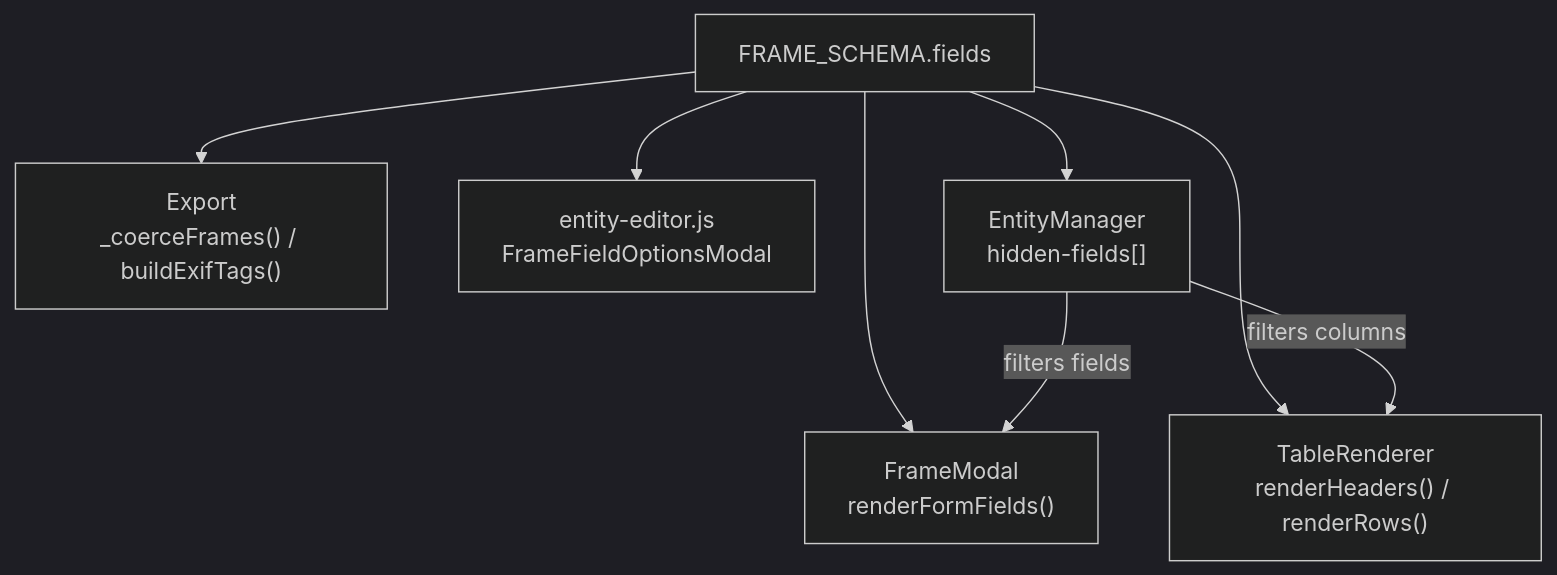
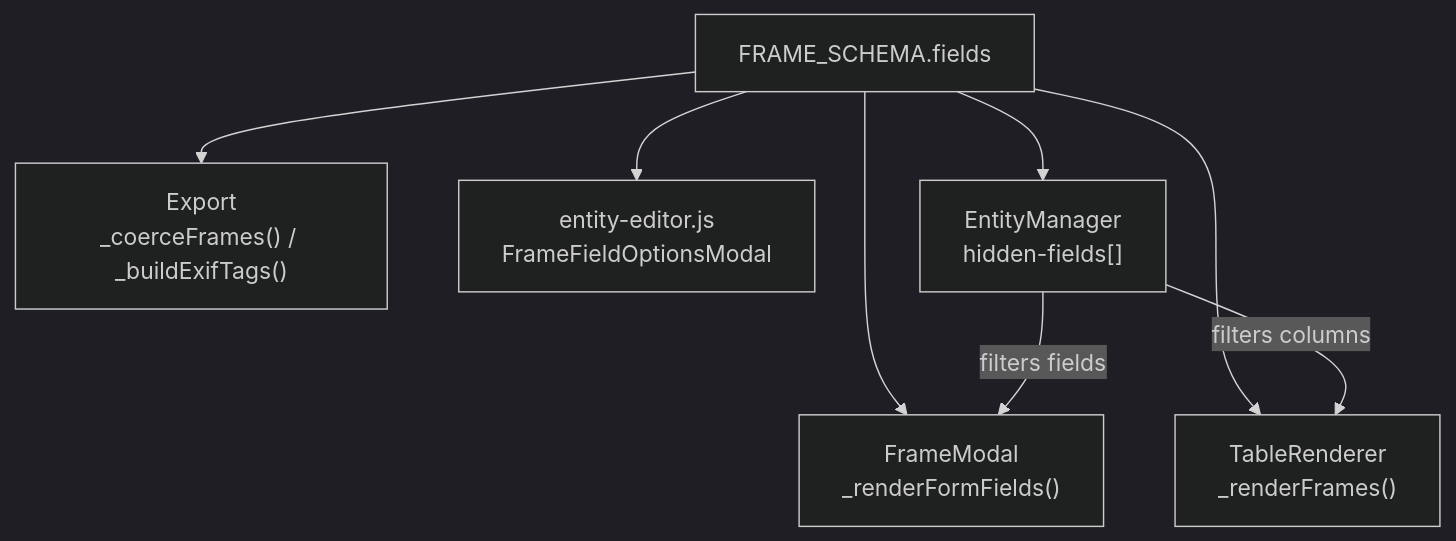
One commit to caksoylar/rolleirecord changed the fifth of 5 diagrams in architecture.md. Above: the diagram before and after it, drawn with Mermaid (dark theme). The commit also changed other lines of this file and 7 other files, not shown here.

````diff
--- a/architecture.md
+++ b/architecture.md
@@ -456,18 +465,18 @@
 ```mermaid
 flowchart TD
     schema["FRAME_SCHEMA.fields"]
-    form["FrameModal\nrenderFormFields()"]
-    table["TableRenderer\nrenderHeaders() / renderRows()"]
-    export_["Export\n_coerceFrames() / buildExifTags()"]
+    form["FrameModal\n_renderFormFields()"]
+    table["TableRenderer\n_renderFrames()"]
+    export_["Export\n_coerceFrames() / _buildExifTags()"]
     options["entity-editor.js\nFrameFieldOptionsModal"]
     hidden["EntityManager\nhidden-fields[]"]
 
     schema --> form
     schema --> table
     schema --> export_
     schema --> options
     schema --> hidden
 
     hidden -->|"filters fields"| form
     hidden -->|"filters columns"| table
 ```
````
